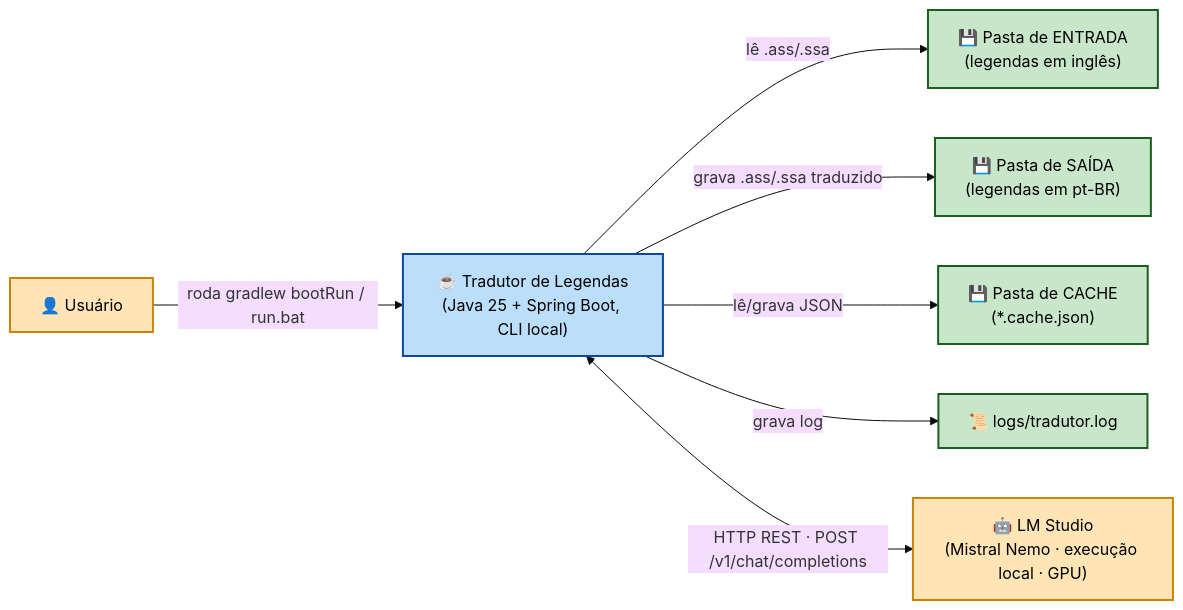
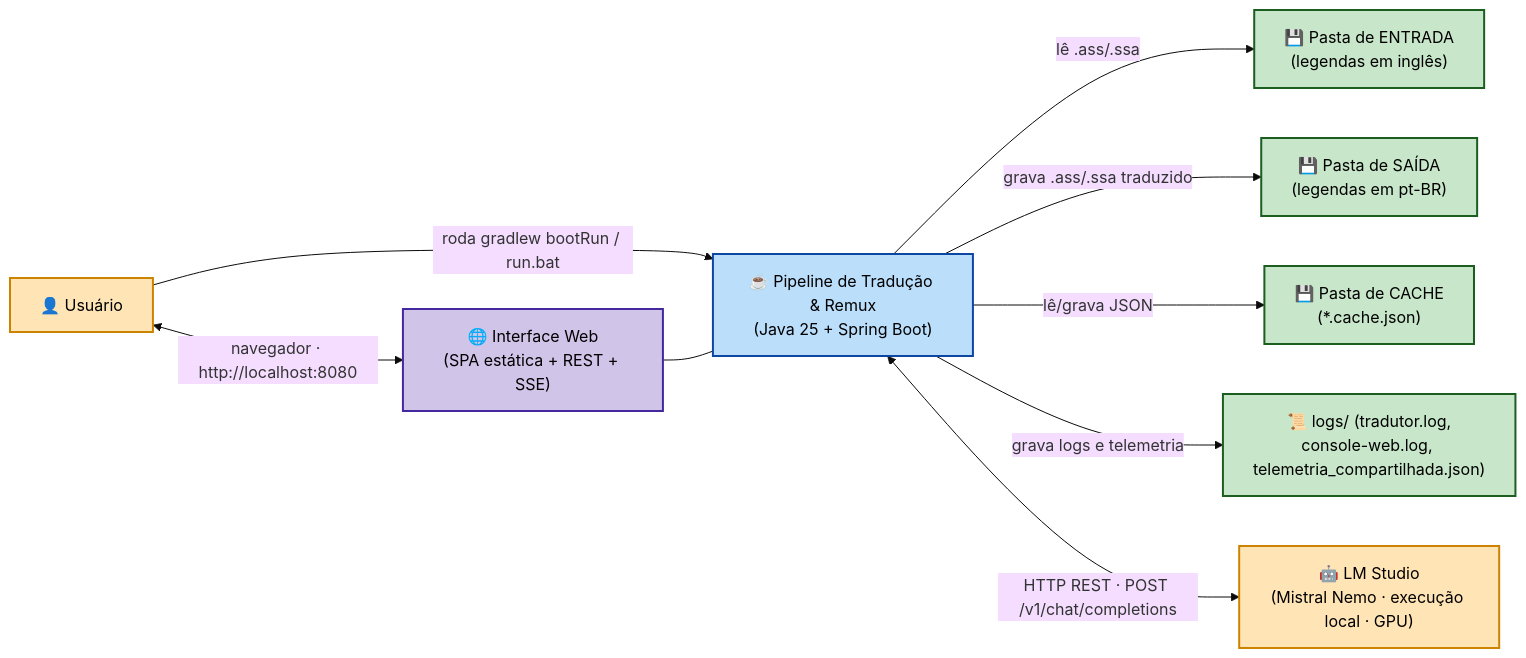
Before and after one commit to carmipa/traducao_animes_llm_local_java: the first of 8 diagrams in README.md, drawn with Mermaid (base theme). The commit also changed other lines of this file and 202 other files, not shown here.

````diff
--- a/README.md
+++ b/README.md
@@ -68,17 +72,21 @@
 ```mermaid
 flowchart LR
-    User["👤 Usuário"] -->|"roda gradlew bootRun / run.bat"| App["☕ Tradutor de Legendas<br/>(Java 25 + Spring Boot, CLI local)"]
+    User["👤 Usuário"] -->|"roda gradlew bootRun / run.bat"| App["☕ Pipeline de Tradução & Remux<br/>(Java 25 + Spring Boot)"]
+    User <-->|"navegador · http://localhost:8080"| Web["🌐 Interface Web<br/>(SPA estática + REST + SSE)"]
+    Web --- App
     App -->|"lê .ass/.ssa"| Disk1["💾 Pasta de ENTRADA<br/>(legendas em inglês)"]
     App -->|"grava .ass/.ssa traduzido"| Disk2["💾 Pasta de SAÍDA<br/>(legendas em pt-BR)"]
     App -->|"lê/grava JSON"| Disk3["💾 Pasta de CACHE<br/>(*.cache.json)"]
-    App -->|"grava log"| Disk4["📜 logs/tradutor.log"]
+    App -->|"grava logs e telemetria"| Disk4["📜 logs/ (tradutor.log,<br/>console-web.log, telemetria_compartilhada.json)"]
     App <-->|"HTTP REST · POST /v1/chat/completions"| LMStudio["🤖 LM Studio<br/>(Mistral Nemo · execução local · GPU)"]
 
     classDef ext fill:#FFE4B5,stroke:#CC8400,color:#000,stroke-width:2px;
     classDef app fill:#BBDEFB,stroke:#0D47A1,color:#000,stroke-width:2px;
+    classDef web fill:#D1C4E9,stroke:#4527A0,color:#000,stroke-width:2px;
     classDef disk fill:#C8E6C9,stroke:#1B5E20,color:#000,stroke-width:2px;
     class User ext
     class App app
+    class Web web
     class LMStudio ext
     class Disk1,Disk2,Disk3,Disk4 disk
 ```
````
